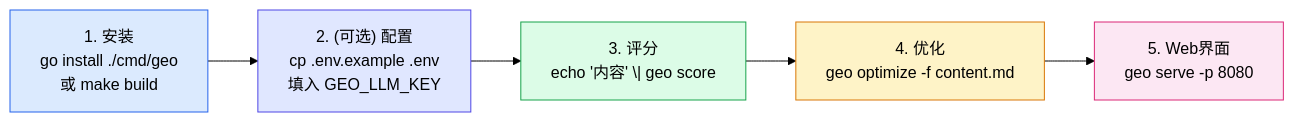
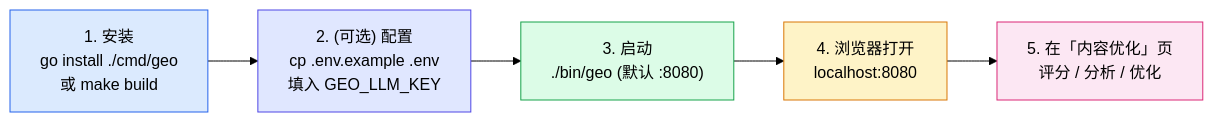
The seventh of 13 diagrams in README.md (deep2code/geo), drawn with Mermaid (forest theme) before and after one commit. The commit also changed other lines of this file and 48 other files, not shown here.

````diff
--- a/README.md
+++ b/README.md
@@ -219,13 +218,13 @@
 ```mermaid
 flowchart LR
     A["1. 安装<br/>go install ./cmd/geo<br/>或 make build"] --> B["2. (可选) 配置<br/>cp .env.example .env<br/>填入 GEO_LLM_KEY"]
-    B --> C["3. 评分<br/>echo '内容' \| geo score"]
-    C --> D["4. 优化<br/>geo optimize -f content.md"]
-    D --> E["5. Web界面<br/>geo serve -p 8080"]
+    B --> C["3. 启动<br/>./bin/geo  (默认 :8080)"]
+    C --> D["4. 浏览器打开<br/>localhost:8080"]
+    D --> E["5. 在「内容优化」页<br/>评分 / 分析 / 优化"]
 
     style A fill:#dbeafe,stroke:#2563eb
     style B fill:#e0e7ff,stroke:#4f46e5
     style C fill:#dcfce7,stroke:#16a34a
     style D fill:#fef3c7,stroke:#d97706
     style E fill:#fce7f3,stroke:#db2777
 ```
````
